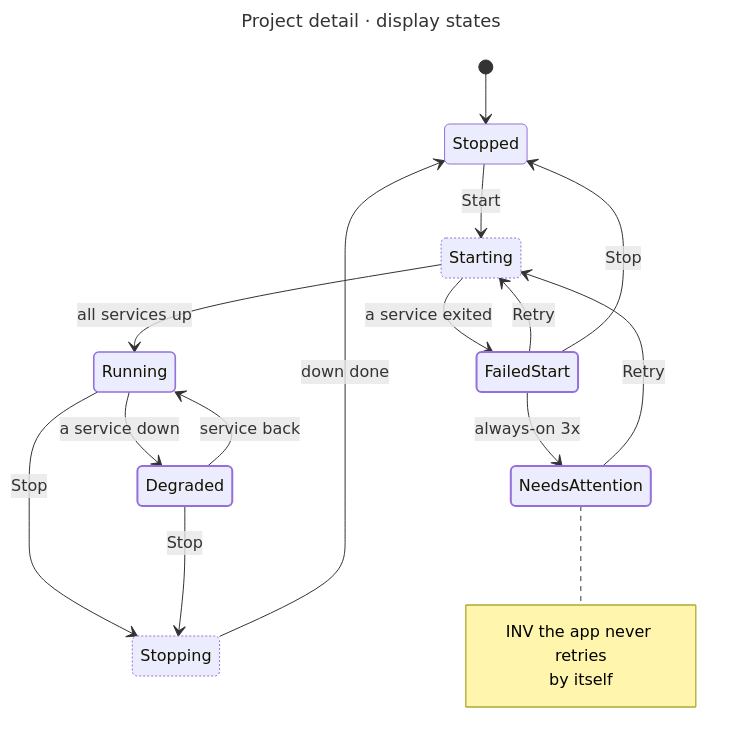
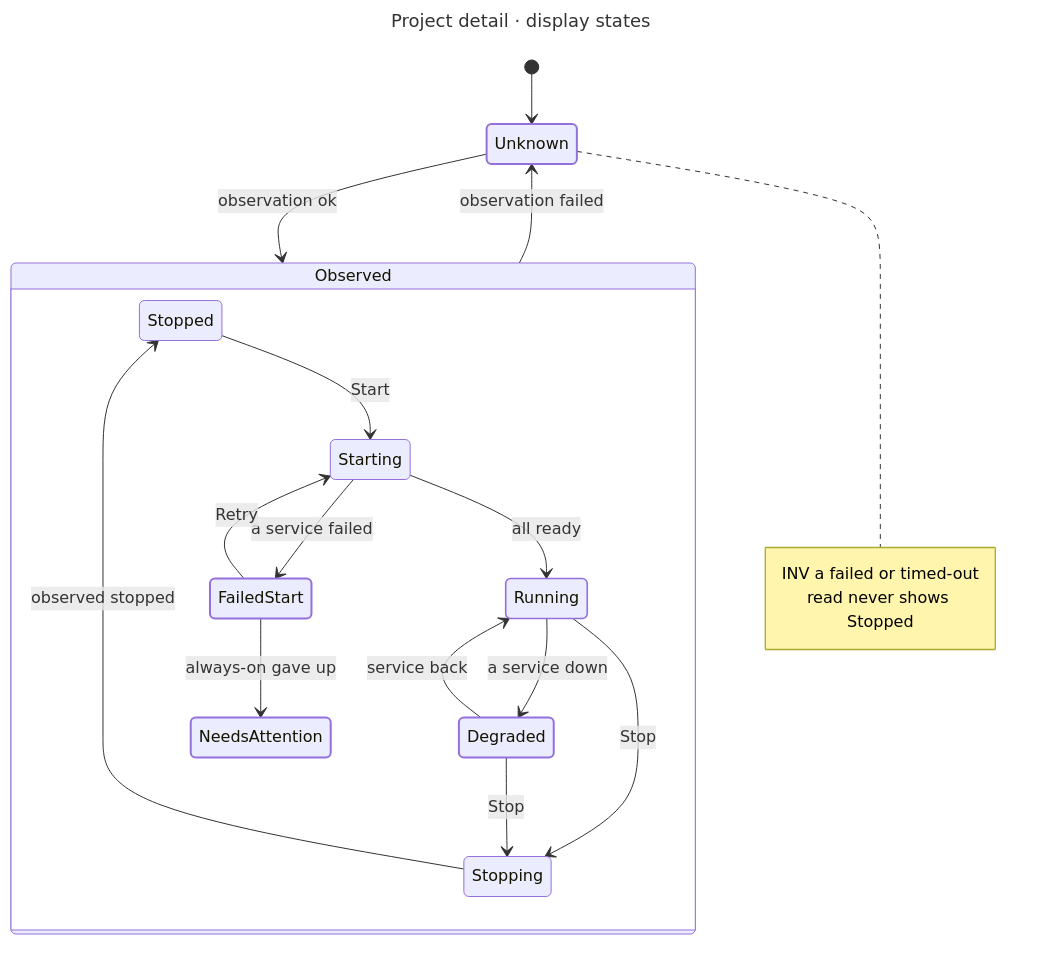
One commit to hack-dance/hack changed the diagram in apps/desktop/diagrams/project-state.mmd. Above: the diagram before and after it, drawn with Mermaid. The commit also changed 10 other files, not shown here.

```diff
--- a/apps/desktop/diagrams/project-state.mmd
+++ b/apps/desktop/diagrams/project-state.mmd
@@ -1,28 +1,28 @@
 ---
 title: Project detail · display states
 ---
 stateDiagram-v2
   direction TB
-  [*] --> Stopped
-  Stopped --> Starting : Start
-  Starting --> Running : all services up
-  Starting --> FailedStart : a service exited
-  Running --> Degraded : a service down
-  Degraded --> Running : service back
-  Running --> Stopping : Stop
-  Degraded --> Stopping : Stop
-  Stopping --> Stopped : down done
-  FailedStart --> Starting : Retry
-  FailedStart --> Stopped : Stop
-  FailedStart --> NeedsAttention : always-on 3x
-  NeedsAttention --> Starting : Retry
-  note right of NeedsAttention
-    INV the app never retries
-    by itself
+  [*] --> Unknown
+  Unknown --> Observed : observation ok
+  Observed --> Unknown : observation failed
+  state Observed {
+    Stopped --> Starting : Start
+    Starting --> Running : all ready
+    Starting --> FailedStart : a service failed
+    Running --> Degraded : a service down
+    Degraded --> Running : service back
+    Running --> Stopping : Stop
+    Degraded --> Stopping : Stop
+    Stopping --> Stopped : observed stopped
+    FailedStart --> Starting : Retry
+    FailedStart --> NeedsAttention : always-on gave up
+  }
+  note right of Unknown
+    INV a failed or timed-out
+    read never shows Stopped
   end note
   classDef live stroke-width:1.6px
-  classDef wait stroke-dasharray:2 2
   classDef fail stroke-width:2px
   class Running live
-  class Starting,Stopping wait
-  class FailedStart,NeedsAttention,Degraded fail
+  class FailedStart,NeedsAttention,Degraded,Unknown fail
```
